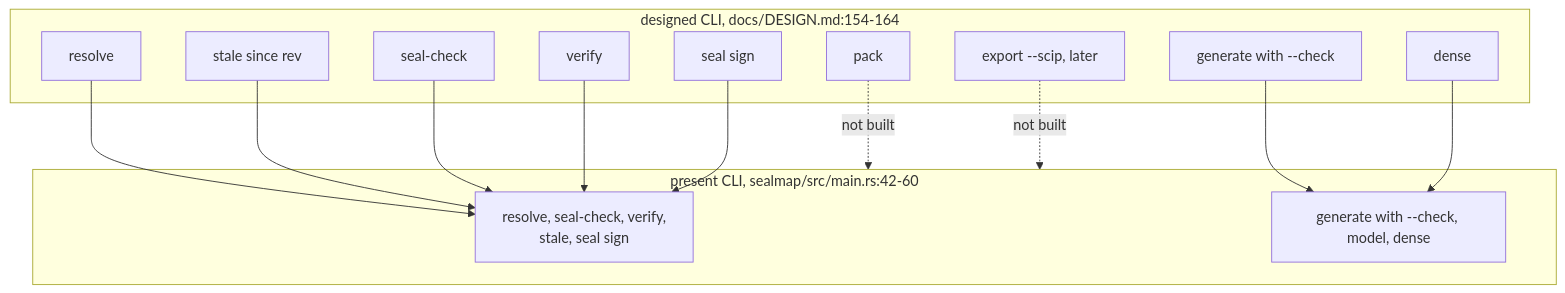
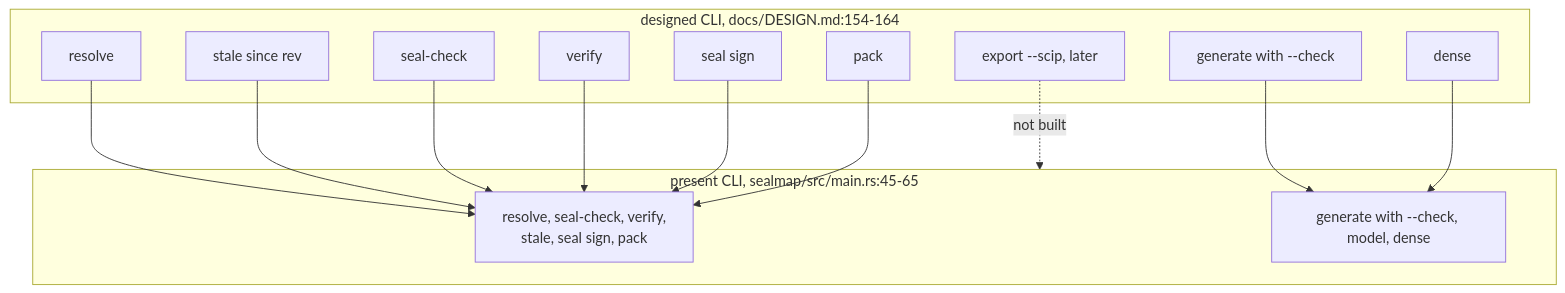
Before and after one commit to DreamLab-AI/codemaid: the third of 6 diagrams in docs/diagrams/delivery/02-design-versus-code.md, drawn with Mermaid. The commit also changed other lines of this file and 23 other files, not shown here.

````diff
--- a/docs/diagrams/delivery/02-design-versus-code.md
+++ b/docs/diagrams/delivery/02-design-versus-code.md
@@ -128,27 +131,27 @@
 ```mermaid
 flowchart TB
     subgraph PLAN["designed CLI, docs/DESIGN.md:154-164"]
         RS["resolve"]
         STL["stale since rev"]
         SC["seal-check"]
         VF["verify"]
         SG["seal sign"]
         GC["generate with --check"]
         DN["dense"]
         PK["pack"]
         EX["export --scip, later"]
     end
-    subgraph NOW["present CLI, sealmap/src/main.rs:42-60"]
-        C1["resolve, seal-check, verify,<br/>stale, seal sign"]
+    subgraph NOW["present CLI, sealmap/src/main.rs:45-65"]
+        C1["resolve, seal-check, verify,<br/>stale, seal sign, pack"]
         C2["generate with --check, model, dense"]
     end
     RS --> C1
     STL --> C1
     SC --> C1
     VF --> C1
     SG --> C1
+    PK --> C1
     GC --> C2
     DN --> C2
-    PK -.->|not built| NOW
     EX -.->|not built| NOW
 ```
````
